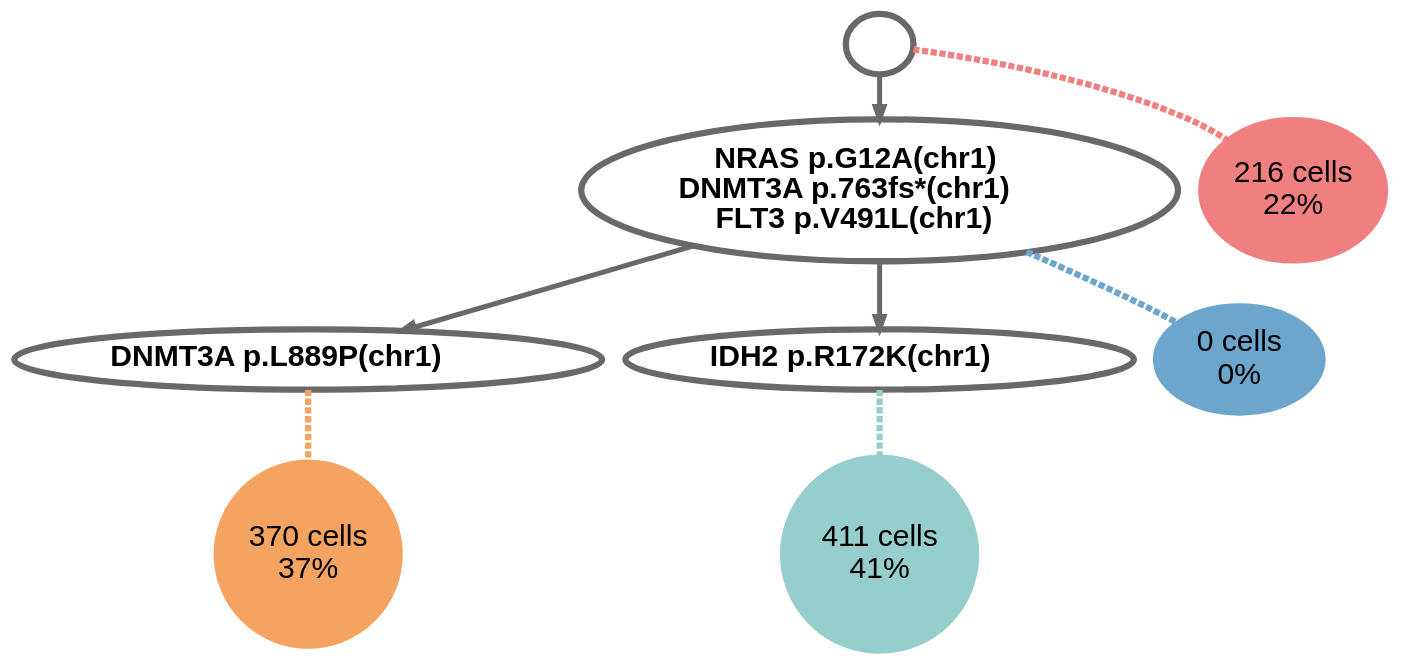
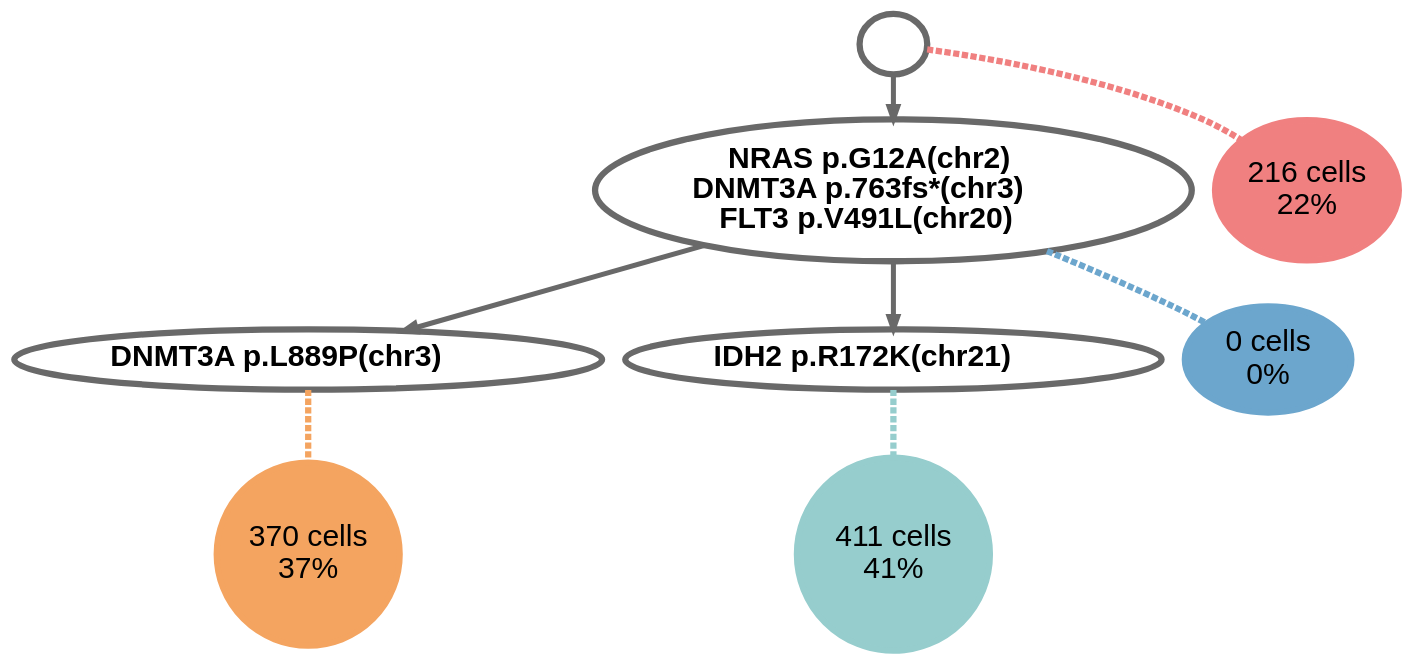
One commit to pawlakG/ScIGMA changed the diagram in results/compass_output/AML-83-002/AML-83-002_c2_l5_tree.gv. Above: the diagram before and after it, drawn with Graphviz. The commit also changed 144 other files, not shown here.

```diff
--- a/results/compass_output/AML-83-002/AML-83-002_c2_l5_tree.gv
+++ b/results/compass_output/AML-83-002/AML-83-002_c2_l5_tree.gv
@@ -1,18 +1,18 @@
 digraph G{
 node [color=dimgray fontsize=24 fontcolor=black fontname=Helvetica penwidth=5];
 0 -> 1 [color=dimgray penwidth=4 weight=2];
 1 -> 2 [color=dimgray penwidth=4 weight=2];
 1 -> 3 [color=dimgray penwidth=4 weight=2];
 0[label=< >];
-1[label=<<B>NRAS p.G12A(chr1)</B><br/><B>DNMT3A p.763fs*(chr1)</B><br/><B>FLT3 p.V491L(chr1)</B><br/>>];
-2[label=<<B>DNMT3A p.L889P(chr1)</B><br/>>];
-3[label=<<B>IDH2 p.R172K(chr1)</B><br/>>];
+1[label=<<B>NRAS p.G12A(chr2)</B><br/><B>DNMT3A p.763fs*(chr3)</B><br/><B>FLT3 p.V491L(chr20)</B><br/>>];
+2[label=<<B>DNMT3A p.L889P(chr3)</B><br/>>];
+3[label=<<B>IDH2 p.R172K(chr21)</B><br/>>];
 0 -> 4 [dir=none style=dashed weight=1 penwidth=5 color=lightcoral];
 1 -> 5 [dir=none style=dashed weight=1 penwidth=5 color=skyblue3];
 2 -> 6 [dir=none style=dashed weight=1 penwidth=5 color=sandybrown];
 3 -> 7 [dir=none style=dashed weight=1 penwidth=5 color=paleturquoise3];
 4[label="216 cells\n22\%" style = filled width=1.55152 height=1.55152 color=lightcoral];
 5[label="0 cells\n0\%" style = filled width=0 height=0 color=skyblue3];
 6[label="370 cells\n37\%" style = filled width=2.03064 height=2.03064 color=sandybrown];
 7[label="411 cells\n41\%" style = filled width=2.14019 height=2.14019 color=paleturquoise3];
 }
```
